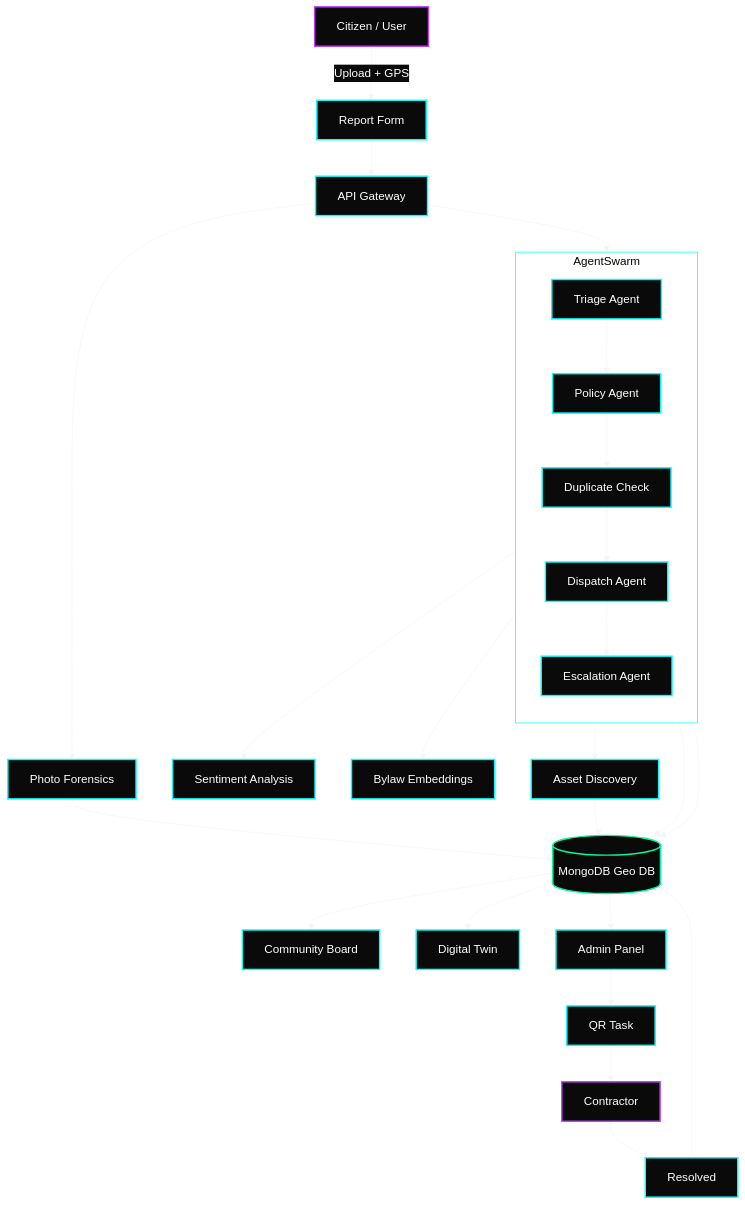
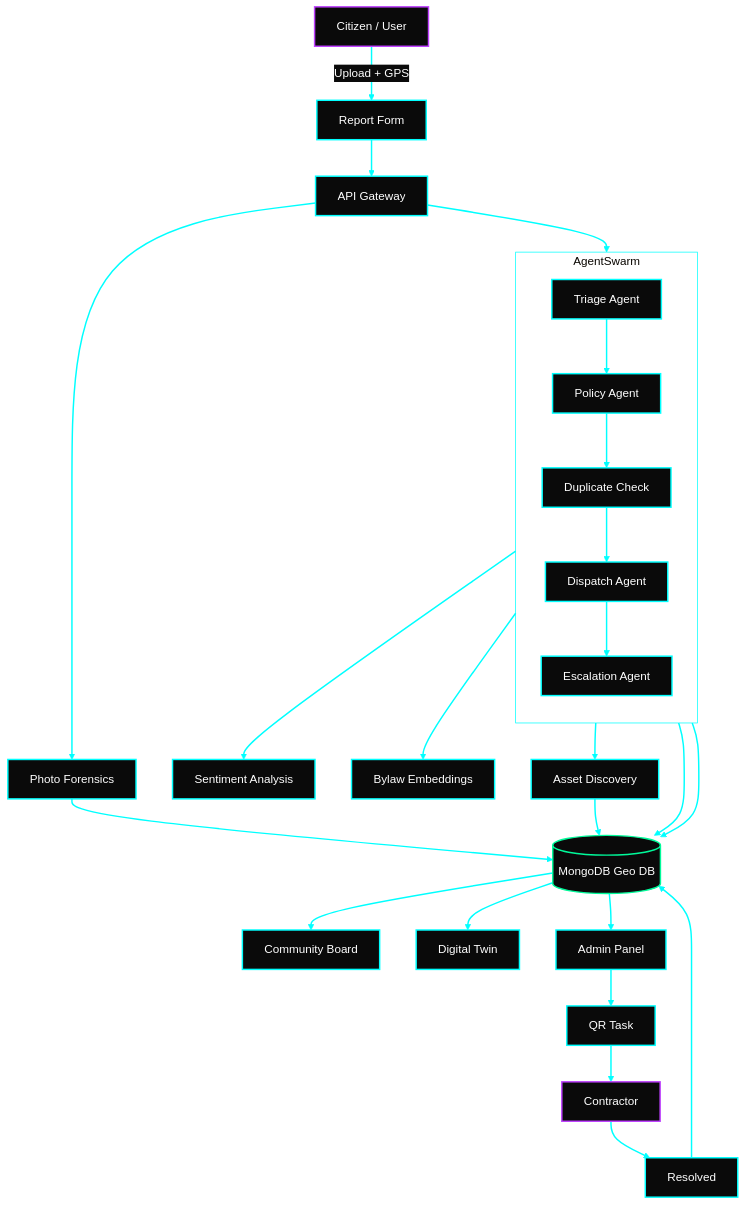
The diagram in README.md (Ytrrs-CraftVerse/CityCare), drawn with Mermaid before and after one commit.

Commit message:
Update Mermaid diagram styles and comments in README

````diff
--- a/README.md
+++ b/README.md
@@ -90,64 +90,67 @@
 ```mermaid
 %%{init: {'theme': 'base', 'themeVariables': { 
 'background': '#0a0a0a',
 'primaryTextColor': '#ffffff',
-'edgeLabelBackground': '#0a0a0a'
+'edgeLabelBackground': '#0a0a0a',
+'lineColor': '#00ffff'
 }}}%%
 
 graph TD
 
 %% ================= INPUT =================
 Citizen[Citizen / User] -->|Upload + GPS| ReportForm[Report Form]
 ReportForm --> Backend[API Gateway]
 
 %% ================= CORE PIPELINE =================
 subgraph AgentSwarm
 direction TB
 
 Triage[Triage Agent]
 Policy[Policy Agent]
 Duplicate[Duplicate Check]
 Dispatch[Dispatch Agent]
 Escalation[Escalation Agent]
 
 Triage --> Policy --> Duplicate --> Dispatch --> Escalation
 end
 
 Backend --> Triage
 
-%% ================= SUPPORT (LOCAL ONLY) =================
+%% ================= SUPPORT =================
 Triage --> Sentiment[Sentiment Analysis]
 Policy --> Knowledge[Bylaw Embeddings]
 Dispatch --> Assets[Asset Discovery]
 Backend --> Forensics[Photo Forensics]
 
-%% ================= DB (SINGLE ENTRY FLOW) =================
+%% ================= DB =================
 DB[(MongoDB Geo DB)]
 
 Escalation --> DB
 Forensics --> DB
 Assets --> DB
 Duplicate --> DB
 
 %% ================= OUTPUT =================
 DB --> Dashboard[Community Board]
 DB --> Heatmap[Digital Twin]
 DB --> AdminPanel[Admin Panel]
 
 %% ================= GOVERNANCE =================
 AdminPanel --> QR[QR Task]
 QR --> Contractor[Contractor]
 Contractor --> Resolution[Resolved]
 Resolution --> DB
 
 %% ================= STYLE =================
-classDef default fill:#0a0a0a,stroke:#0ff,stroke-width:2px,color:#fff;
+classDef default fill:#0a0a0a,stroke:#00ffff,stroke-width:2px,color:#fff;
 classDef user fill:#0a0a0a,stroke:#bf40ff,stroke-width:2px,color:#fff;
 classDef db fill:#0a0a0a,stroke:#00fa9a,stroke-width:2px,color:#fff;
 
 class Citizen,Contractor user;
 class DB db;
 
-%% REMOVE uneven box feel
-style AgentSwarm fill:transparent,stroke:#0ff,stroke-width:1px
+%% Subgraph styling
+style AgentSwarm fill:transparent,stroke:#00ffff,stroke-width:1px
+
+linkStyle default stroke:#00ffff,stroke-width:2px
 ```
````
